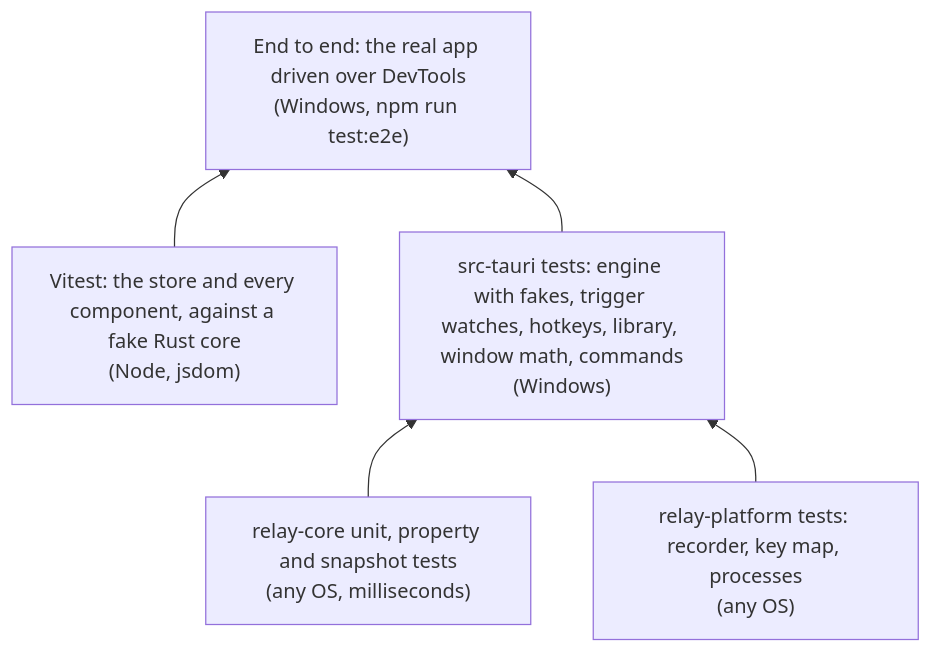
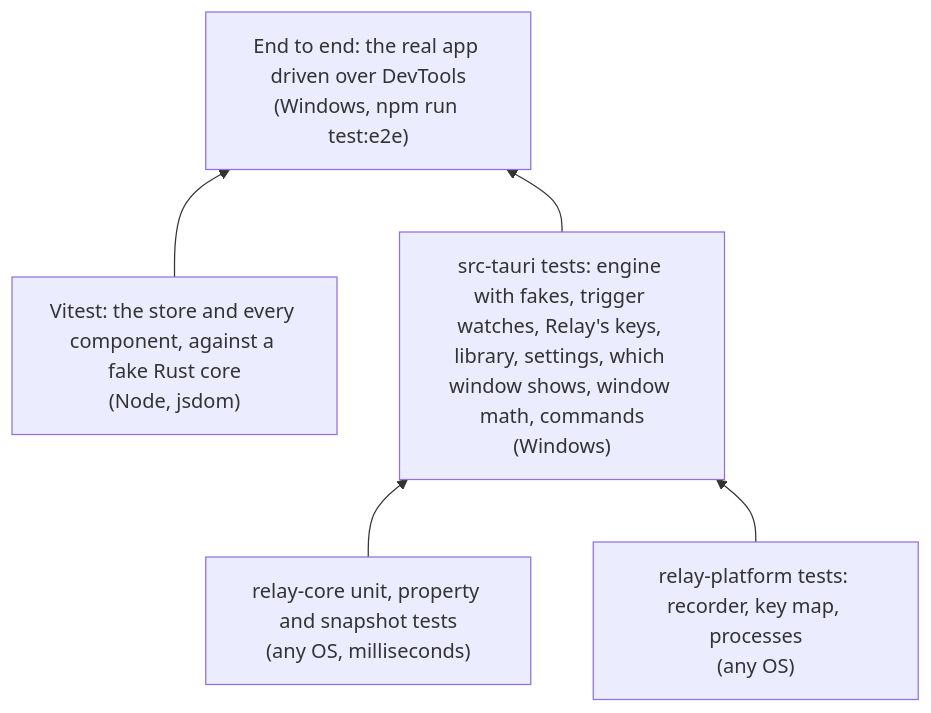
Before and after one commit to HappyRave/Relay: the diagram in docs/engineering/testing.md, drawn with Mermaid. The commit also changed other lines of this file and 41 other files, not shown here.

````diff
--- a/docs/engineering/testing.md
+++ b/docs/engineering/testing.md
@@ -5,12 +5,12 @@
 ```mermaid
 flowchart BT
     U["relay-core unit, property and snapshot tests<br/>(any OS, milliseconds)"]
     P["relay-platform tests: recorder, key map, processes<br/>(any OS)"]
-    A["src-tauri tests: engine with fakes, trigger watches, hotkeys, library, window math, commands<br/>(Windows)"]
+    A["src-tauri tests: engine with fakes, trigger watches, Relay's keys, library, settings, which window shows, window math, commands<br/>(Windows)"]
     F["Vitest: the store and every component, against a fake Rust core<br/>(Node, jsdom)"]
     E["End to end: the real app driven over DevTools<br/>(Windows, npm run test:e2e)"]
     U --> A
     P --> A
     F --> E
     A --> E
 ```
````
